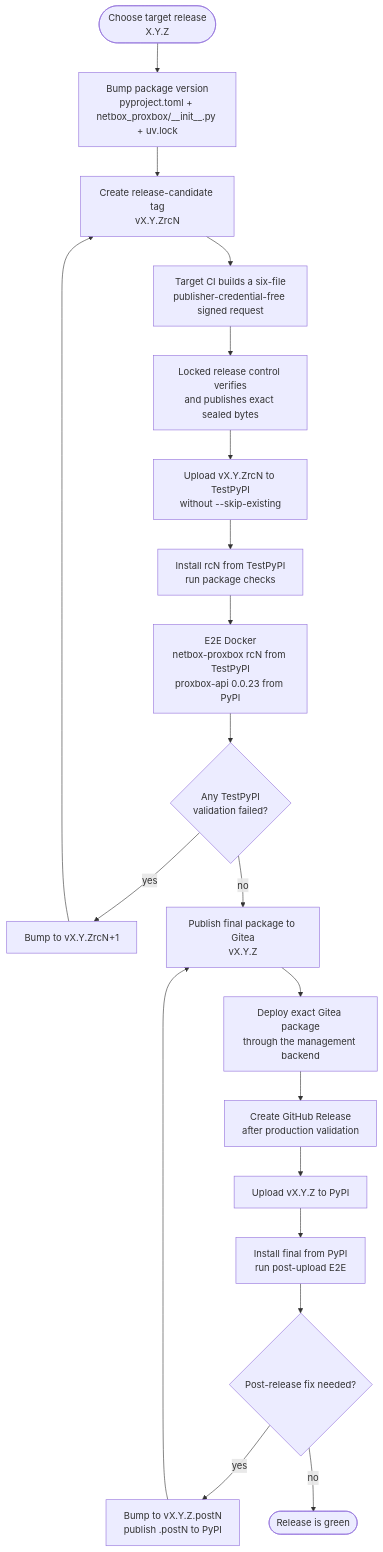
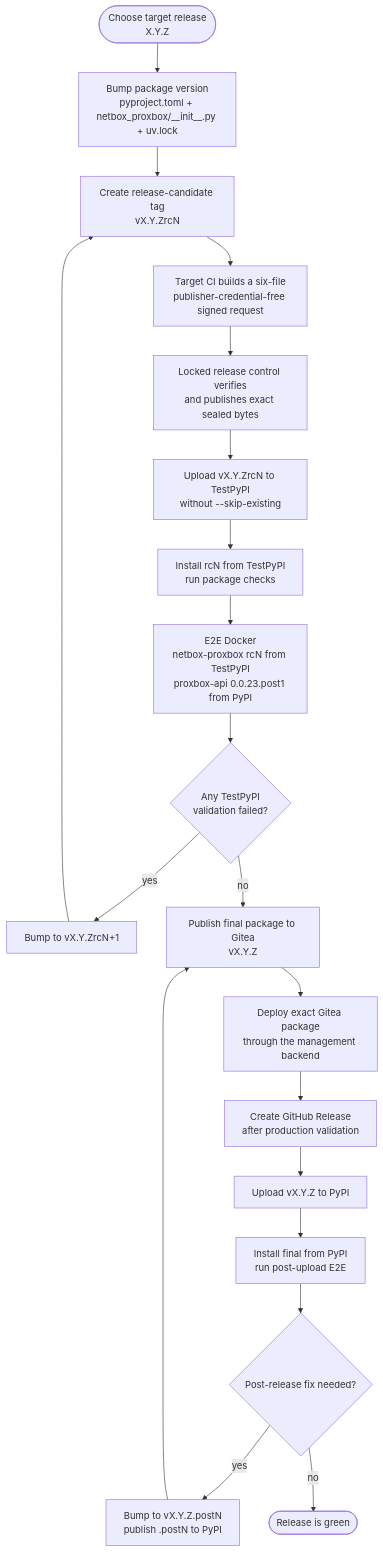
Before and after one commit to emersonfelipesp/netbox-proxbox: the first of 2 diagrams in docs/developer/release-publishing.md, drawn with Mermaid. The commit also changed other lines of this file and 22 other files, not shown here.

````diff
--- a/docs/developer/release-publishing.md
+++ b/docs/developer/release-publishing.md
@@ -13,27 +13,27 @@
 ```mermaid
 flowchart TD
     Start([Choose target release\nX.Y.Z])
     Bump[Bump package version\npyproject.toml + netbox_proxbox/__init__.py + uv.lock]
     RCTag[Create release-candidate tag\nvX.Y.ZrcN]
     RCCI[Target CI builds a six-file\npublisher-credential-free signed request]
     Control[Locked release control verifies\nand publishes exact sealed bytes]
     RCUpload[Upload vX.Y.ZrcN to TestPyPI\nwithout --skip-existing]
     RCValidate[Install rcN from TestPyPI\nrun package checks]
-    RCE2E[E2E Docker\nnetbox-proxbox rcN from TestPyPI\nproxbox-api 0.0.23 from PyPI]
+    RCE2E[E2E Docker\nnetbox-proxbox rcN from TestPyPI\nproxbox-api 0.0.23.post1 from PyPI]
     RCFailed{Any TestPyPI\nvalidation failed?}
     NextRC[Bump to vX.Y.ZrcN+1]
     FinalPrivate[Publish final package to Gitea\nvX.Y.Z]
     Deploy[Deploy exact Gitea package\nthrough the management backend]
     PublicRelease[Create GitHub Release\nafter production validation]
     FinalUpload[Upload vX.Y.Z to PyPI]
     FinalValidate[Install final from PyPI\nrun post-upload E2E]
     FinalFailed{Post-release fix needed?}
     Post[Bump to vX.Y.Z.postN\npublish .postN to PyPI]
     Done([Release is green])
 
     Start --> Bump --> RCTag --> RCCI --> Control --> RCUpload --> RCValidate --> RCE2E --> RCFailed
     RCFailed -- yes --> NextRC --> RCTag
     RCFailed -- no --> FinalPrivate --> Deploy --> PublicRelease --> FinalUpload --> FinalValidate --> FinalFailed
     FinalFailed -- yes --> Post --> FinalPrivate
     FinalFailed -- no --> Done
 ```
````
